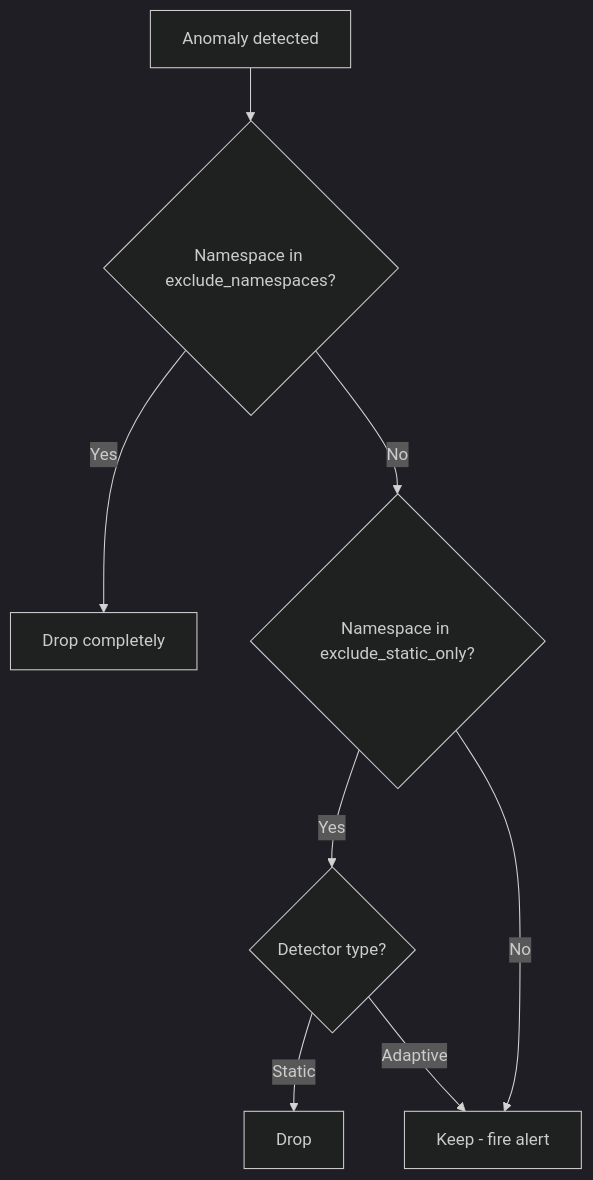
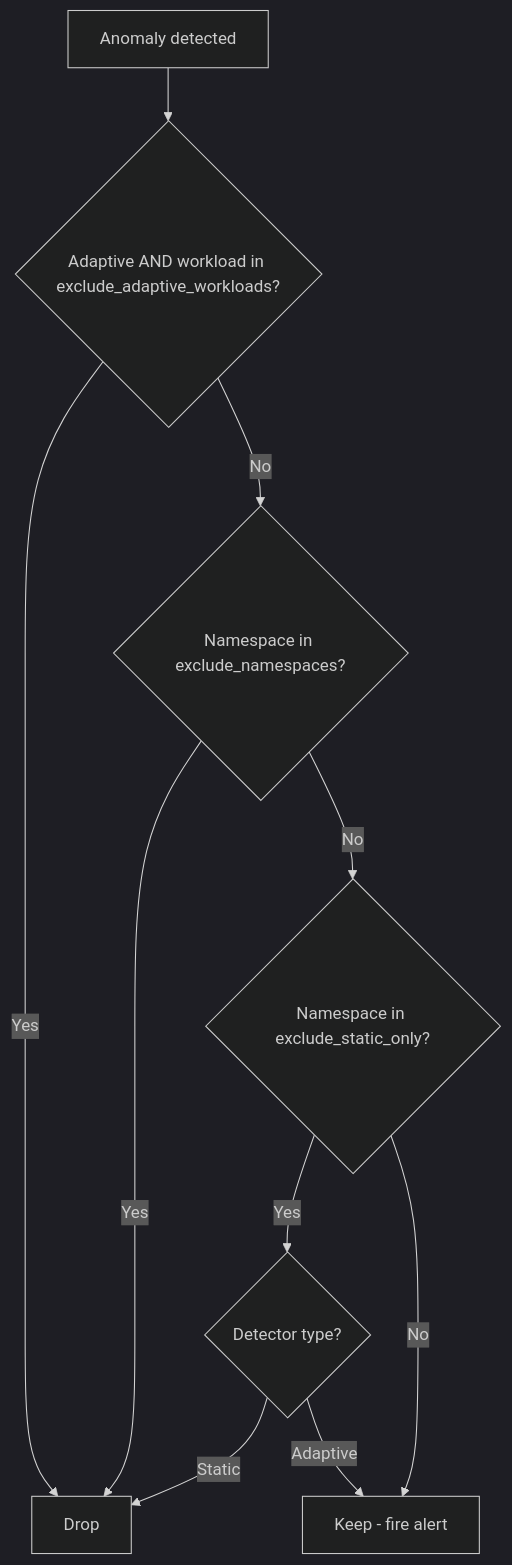
One commit to StaffOps/anomaly-detection changed the diagram in docs/site/configuration/suppression.md. Above: the diagram before and after it, drawn with Mermaid (dark theme). The commit also changed other lines of this file and 2 other files, not shown here.

First line of the commit message:
docs(suppression): document per-workload adaptive exclusion + metric

````diff
--- a/docs/site/configuration/suppression.md
+++ b/docs/site/configuration/suppression.md
@@ -32,10 +41,12 @@
 ```mermaid
 graph TD
-    A[Anomaly detected] --> B{Namespace in exclude_namespaces?}
-    B -->|Yes| C[Drop completely]
+    A[Anomaly detected] --> W{Adaptive AND workload in exclude_adaptive_workloads?}
+    W -->|Yes| C[Drop]
+    W -->|No| B{Namespace in exclude_namespaces?}
+    B -->|Yes| C
     B -->|No| D{Namespace in exclude_static_only?}
     D -->|Yes| E{Detector type?}
-    E -->|Static| F[Drop]
+    E -->|Static| C
     E -->|Adaptive| G[Keep - fire alert]
     D -->|No| G
 ```
````
